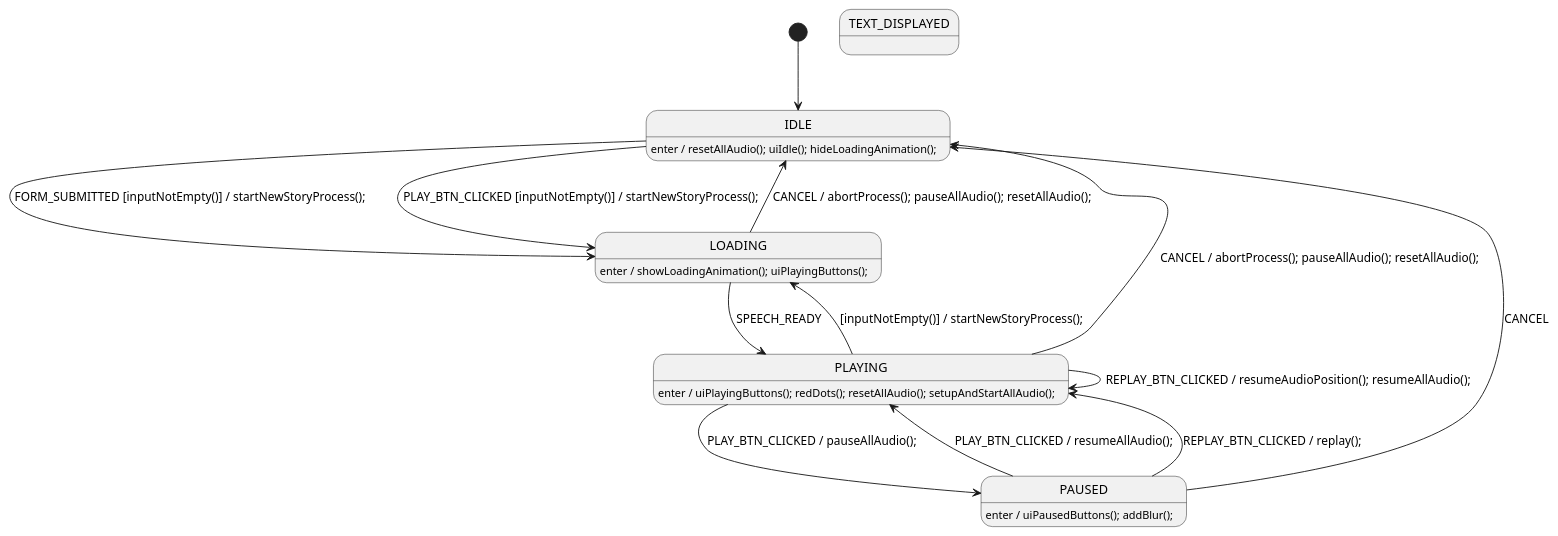
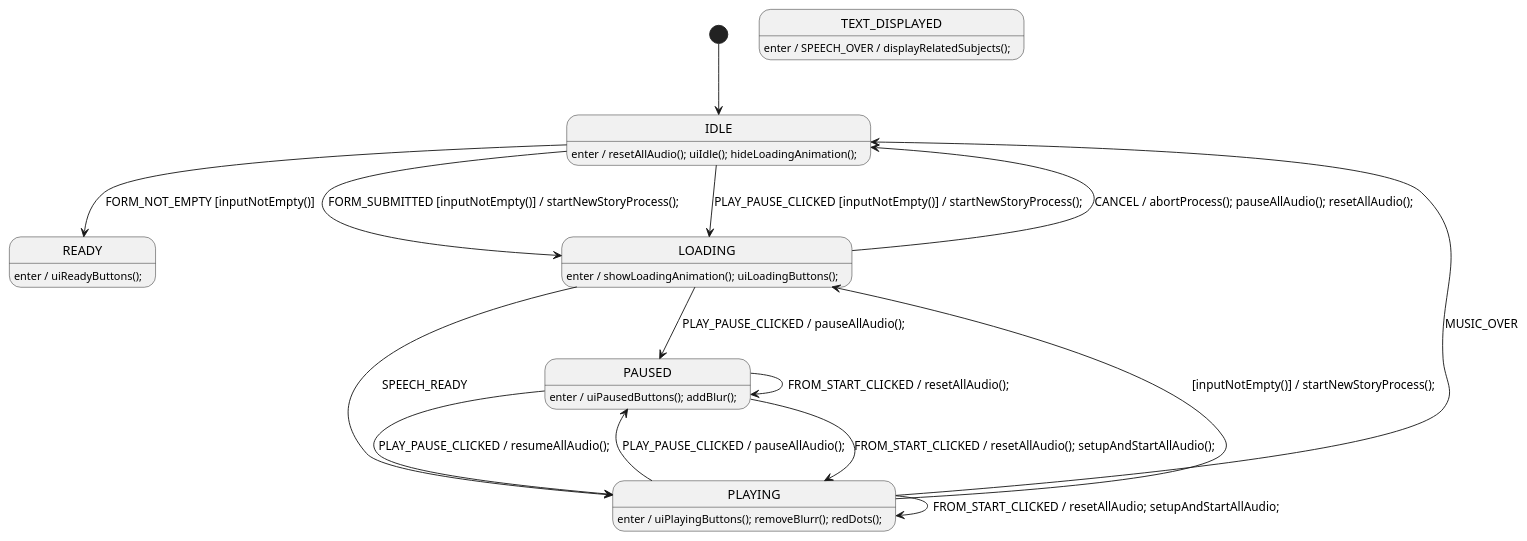
Before and after one commit to grannygoestoheaven/teller: the diagram in static/js/audio_sm_actions.plantuml, drawn with PlantUML. The commit also changed 5 other files, not shown here.

```diff
--- a/static/js/audio_sm_actions.plantuml
+++ b/static/js/audio_sm_actions.plantuml
@@ -1,37 +1,44 @@
 @startuml AudioSm
 
     '############################ States ############################
 
     [*] --> IDLE
 
     state IDLE
+    state READY
     state LOADING
     state PLAYING
     state PAUSED
     state TEXT_DISPLAYED
 
     '############################ Handlers ############################
 
     IDLE: enter / resetAllAudio(); uiIdle(); hideLoadingAnimation();
+    IDLE --> READY : FORM_NOT_EMPTY [inputNotEmpty()]
     IDLE --> LOADING : FORM_SUBMITTED [inputNotEmpty()] / startNewStoryProcess();
-    IDLE --> LOADING : PLAY_BTN_CLICKED [inputNotEmpty()] / startNewStoryProcess();
+    IDLE --> LOADING : PLAY_PAUSE_CLICKED [inputNotEmpty()] / startNewStoryProcess();
 
-    LOADING: enter / showLoadingAnimation(); uiPlayingButtons();
+    READY: enter / uiReadyButtons();
+
+    LOADING: enter / showLoadingAnimation(); uiLoadingButtons();
     LOADING --> PLAYING : SPEECH_READY
+    LOADING --> PAUSED : PLAY_PAUSE_CLICKED / pauseAllAudio();
     LOADING --> IDLE : CANCEL / abortProcess(); pauseAllAudio(); resetAllAudio();
 
-    PLAYING: enter / uiPlayingButtons(); redDots(); resetAllAudio(); setupAndStartAllAudio();
-    PLAYING --> PAUSED : PLAY_BTN_CLICKED / pauseAllAudio();
+    PLAYING: enter / uiPlayingButtons(); removeBlurr(); redDots();
+    PLAYING --> PAUSED : PLAY_PAUSE_CLICKED / pauseAllAudio();
     PLAYING --> LOADING : [inputNotEmpty()] / startNewStoryProcess();
-    PLAYING --> IDLE : CANCEL / abortProcess(); pauseAllAudio(); resetAllAudio();
-    PLAYING --> PLAYING : REPLAY_BTN_CLICKED / resumeAudioPosition(); resumeAllAudio();
+    PLAYING --> IDLE : MUSIC_OVER
+    PLAYING --> PLAYING : FROM_START_CLICKED / resetAllAudio; setupAndStartAllAudio;
 
     PAUSED: enter / uiPausedButtons(); addBlur();
-    PAUSED --> PLAYING : PLAY_BTN_CLICKED / resumeAllAudio();
-    PAUSED --> PLAYING : REPLAY_BTN_CLICKED / replay();
-    PAUSED --> IDLE : CANCEL
+    PAUSED --> PLAYING : PLAY_PAUSE_CLICKED / resumeAllAudio();
+    PAUSED --> PLAYING : FROM_START_CLICKED / resetAllAudio(); setupAndStartAllAudio();
+    PAUSED --> PAUSED : FROM_START_CLICKED / resetAllAudio();
+
+    TEXT_DISPLAYED: enter / SPEECH_OVER / displayRelatedSubjects();
 
 /'! $CONFIG : toml
 SmRunnerSettings.transpilerId = "JavaScript"
 '/
 @enduml
```
